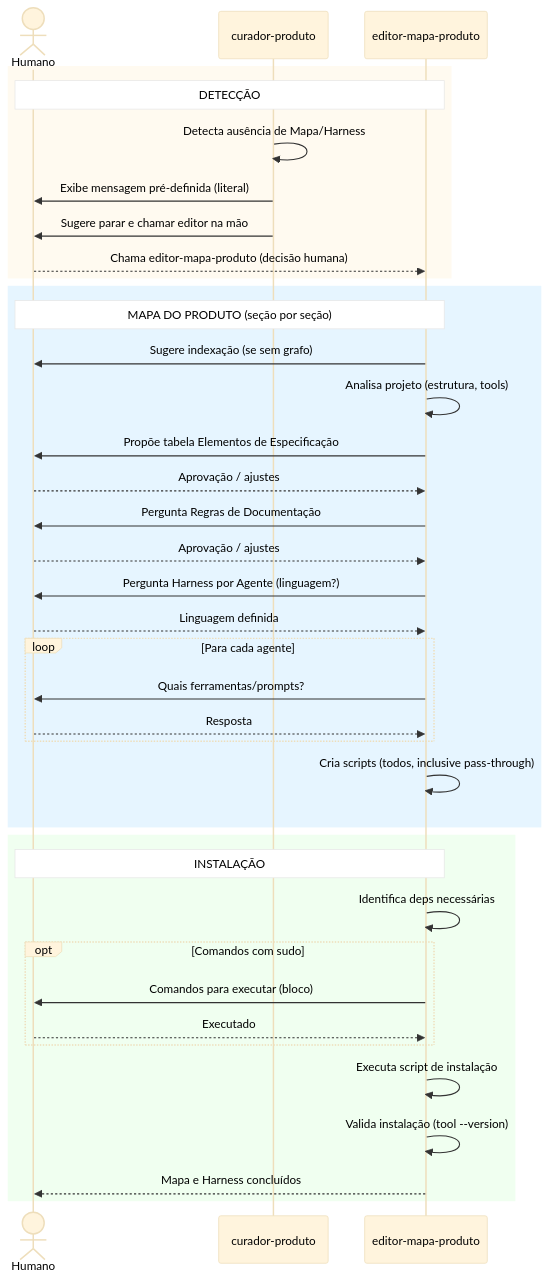
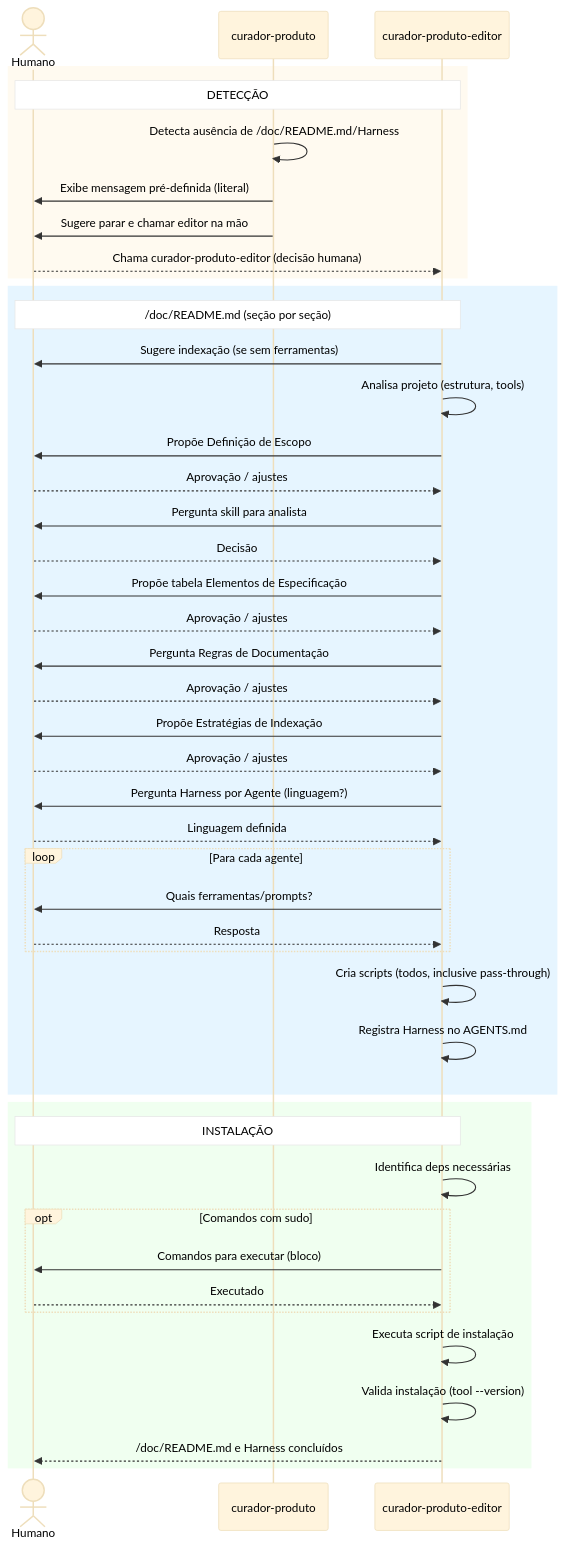
One commit to vitormcruz/opencode-global-config changed the diagram in docs/workflow-curadoria.md. Above: the diagram before and after it, drawn with Mermaid. The commit also changed other lines of this file and 19 other files, not shown here.

````diff
--- a/docs/workflow-curadoria.md
+++ b/docs/workflow-curadoria.md
@@ -330,52 +363,59 @@
 ```mermaid
 %%{init: {'theme': 'base', 'themeVariables': {
     'actorTextColor': '#000000',
     'signalTextColor': '#000000',
     'labelTextColor': '#000000',
     'noteBkgColor': '#ffffff',
     'noteTextColor': '#000000',
     'activationBorderColor': '#666666',
     'sequenceNumberColor': '#000000'
 }}}%%
 sequenceDiagram
     actor Humano
     participant cur as curador-produto
-    participant edit as editor-mapa-produto
+    participant edit as curador-produto-editor
 
     rect rgb(255, 250, 240)
     Note over Humano, edit: DETECÇÃO
-    cur ->> cur: Detecta ausência de Mapa/Harness
+    cur ->> cur: Detecta ausência de /doc/README.md/Harness
     cur ->> Humano: Exibe mensagem pré-definida (literal)
     cur ->> Humano: Sugere parar e chamar editor na mão
-    Humano -->> edit: Chama editor-mapa-produto (decisão humana)
+    Humano -->> edit: Chama curador-produto-editor (decisão humana)
     end
 
     rect rgb(230, 245, 255)
-    Note over Humano, edit: MAPA DO PRODUTO (seção por seção)
-    edit ->> Humano: Sugere indexação (se sem grafo)
+    Note over Humano, edit: /doc/README.md (seção por seção)
+    edit ->> Humano: Sugere indexação (se sem ferramentas)
     edit ->> edit: Analisa projeto (estrutura, tools)
+    edit ->> Humano: Propõe Definição de Escopo
+    Humano -->> edit: Aprovação / ajustes
+    edit ->> Humano: Pergunta skill para analista
+    Humano -->> edit: Decisão
     edit ->> Humano: Propõe tabela Elementos de Especificação
     Humano -->> edit: Aprovação / ajustes
     edit ->> Humano: Pergunta Regras de Documentação
+    Humano -->> edit: Aprovação / ajustes
+    edit ->> Humano: Propõe Estratégias de Indexação
     Humano -->> edit: Aprovação / ajustes
     edit ->> Humano: Pergunta Harness por Agente (linguagem?)
     Humano -->> edit: Linguagem definida
     loop Para cada agente
         edit ->> Humano: Quais ferramentas/prompts?
         Humano -->> edit: Resposta
     end
     edit ->> edit: Cria scripts (todos, inclusive pass-through)
+    edit ->> edit: Registra Harness no AGENTS.md
     end
 
     rect rgb(240, 255, 240)
     Note over Humano, edit: INSTALAÇÃO
     edit ->> edit: Identifica deps necessárias
     opt Comandos com sudo
         edit ->> Humano: Comandos para executar (bloco)
         Humano -->> edit: Executado
     end
     edit ->> edit: Executa script de instalação
     edit ->> edit: Valida instalação (tool --version)
-    edit -->> Humano: Mapa e Harness concluídos
+    edit -->> Humano: /doc/README.md e Harness concluídos
     end
 ```
````
